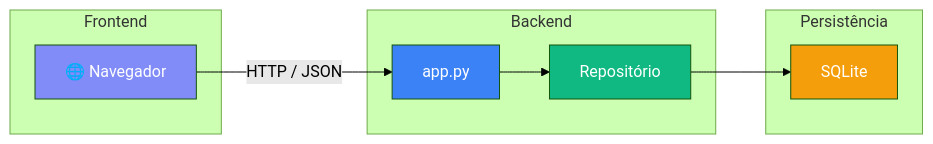
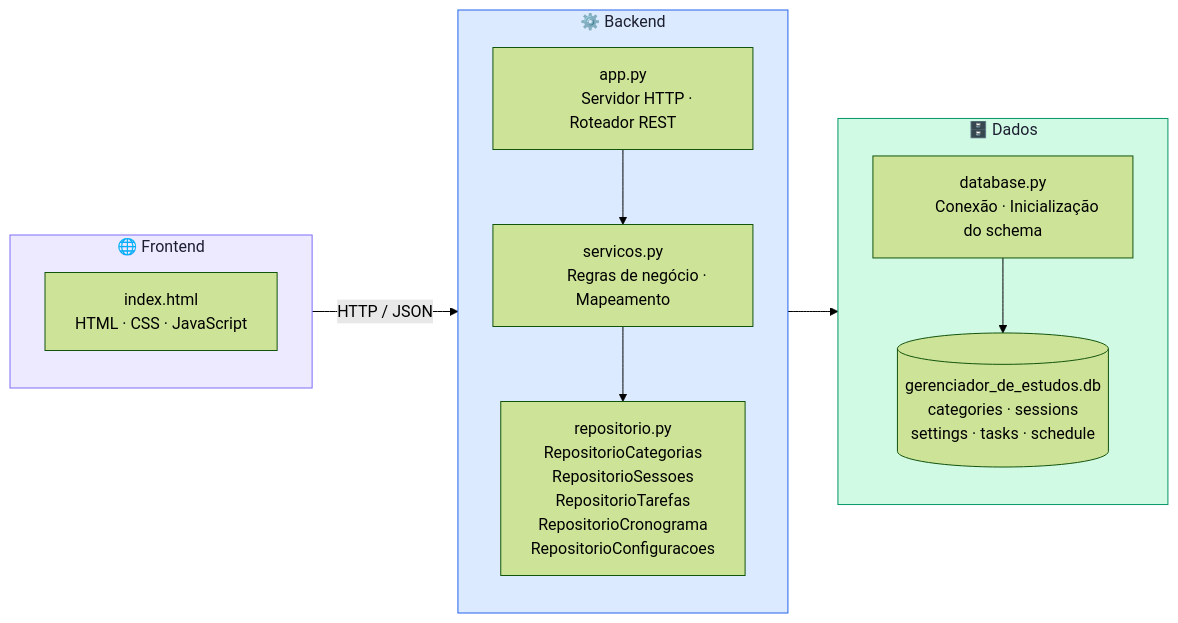
One commit to gabrielfcastro/Gerenciador-de-Estudos changed the diagram in README.MD. Above: the diagram before and after it, drawn with Mermaid (forest theme). The commit also changed other lines of this file, not shown here.

````diff
--- a/README.MD
+++ b/README.MD
@@ -25,25 +27,38 @@
 ```mermaid
 flowchart LR
 
-subgraph Frontend
-    Browser["🌐 Navegador"]
-end
+    subgraph FE["🌐  Frontend"]
+        html["index.html
+        HTML · CSS · JavaScript"]
+    end
 
-subgraph Backend
-    App["app.py"]
-    Repo["Repositório"]
-end
+    subgraph BE["⚙️  Backend"]
+        app["app.py
+        Servidor HTTP · Roteador REST"]
+        svc["servicos.py
+        Regras de negócio · Mapeamento"]
+        repo["repositorio.py
+        RepositorioCategorias
+        RepositorioSessoes
+        RepositorioTarefas
+        RepositorioCronograma
+        RepositorioConfiguracoes"]
+        app --> svc --> repo
+    end
 
-subgraph Persistência
-    DB["SQLite"]
-end
+    subgraph DATA["🗄️  Dados"]
+        db["database.py
+        Conexão · Inicialização do schema"]
+        sqlite[("gerenciador_de_estudos.db
+        categories · sessions
+        settings · tasks · schedule")]
+        db --> sqlite
+    end
 
-Browser -->|"HTTP / JSON"| App
-App --> Repo
-Repo --> DB
+    FE -->|"HTTP / JSON"| BE
+    BE --> DATA
 
-style Browser fill:#818cf8,color:#fff
-style App fill:#3b82f6,color:#fff
-style Repo fill:#10b981,color:#fff
-style DB fill:#f59e0b,color:#fff
+    style FE   fill:#ede9fe,stroke:#7c6ff7,color:#1c1f30
+    style BE   fill:#dbeafe,stroke:#2563eb,color:#1c1f30
+    style DATA fill:#d1fae5,stroke:#059669,color:#1c1f30
 ```
````
